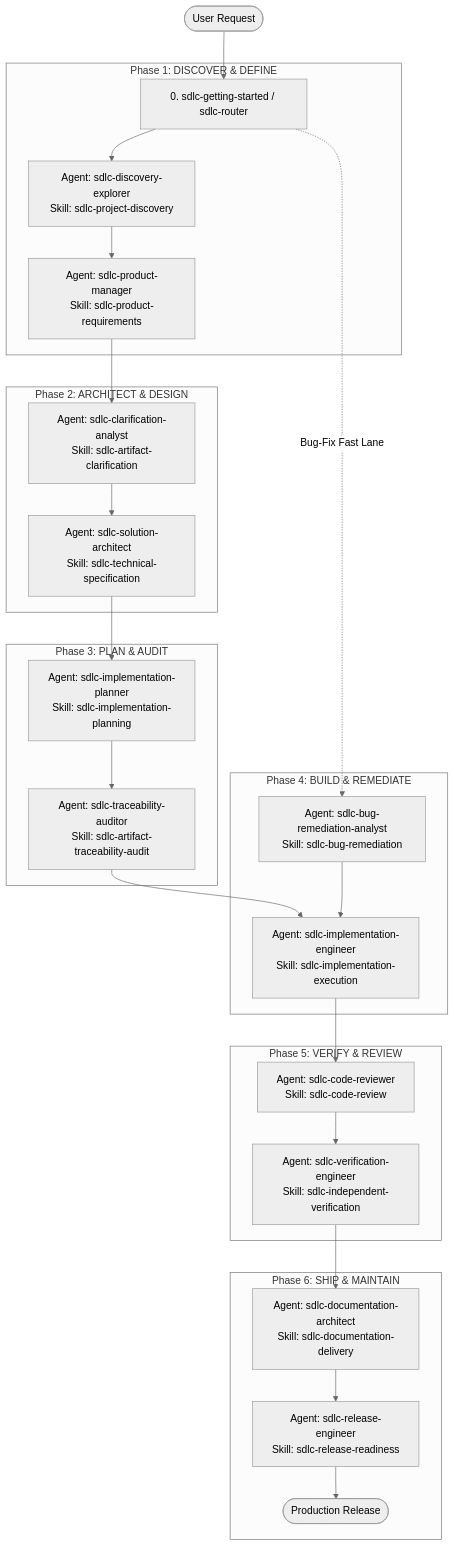
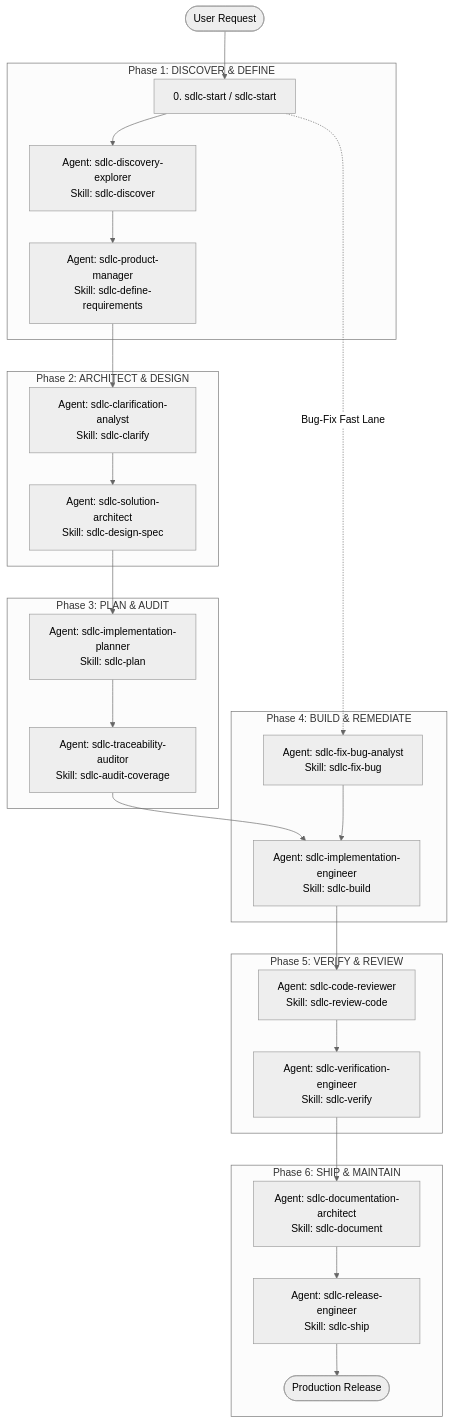
One commit to coderbuzz/agent-toolkit changed the diagram in README.md. Above: the diagram before and after it, drawn with Mermaid (neutral theme). The commit also changed other lines of this file and 716 other files, not shown here.

````diff
--- a/README.md
+++ b/README.md
@@ -78,36 +78,36 @@
 ```mermaid
 flowchart TD
-    Start([User Request]) --> Router["0. sdlc-getting-started / sdlc-router"]
+    Start([User Request]) --> Router["0. sdlc-start / sdlc-start"]
     
     subgraph Phase 1: DISCOVER & DEFINE
-        Router --> Explorer["Agent: sdlc-discovery-explorer\nSkill: sdlc-project-discovery"]
-        Explorer --> PM["Agent: sdlc-product-manager\nSkill: sdlc-product-requirements"]
+        Router --> Explorer["Agent: sdlc-discovery-explorer\nSkill: sdlc-discover"]
+        Explorer --> PM["Agent: sdlc-product-manager\nSkill: sdlc-define-requirements"]
     end
     
     subgraph Phase 2: ARCHITECT & DESIGN
-        PM --> Clarify["Agent: sdlc-clarification-analyst\nSkill: sdlc-artifact-clarification"]
-        Clarify --> Architect["Agent: sdlc-solution-architect\nSkill: sdlc-technical-specification"]
+        PM --> Clarify["Agent: sdlc-clarification-analyst\nSkill: sdlc-clarify"]
+        Clarify --> Architect["Agent: sdlc-solution-architect\nSkill: sdlc-design-spec"]
     end
     
     subgraph Phase 3: PLAN & AUDIT
-        Architect --> Planner["Agent: sdlc-implementation-planner\nSkill: sdlc-implementation-planning"]
-        Planner --> Auditor["Agent: sdlc-traceability-auditor\nSkill: sdlc-artifact-traceability-audit"]
+        Architect --> Planner["Agent: sdlc-implementation-planner\nSkill: sdlc-plan"]
+        Planner --> Auditor["Agent: sdlc-traceability-auditor\nSkill: sdlc-audit-coverage"]
     end
     
     subgraph Phase 4: BUILD & REMEDIATE
-        Auditor --> Engineer["Agent: sdlc-implementation-engineer\nSkill: sdlc-implementation-execution"]
-        Router -. Bug-Fix Fast Lane .-> BugAnalyst["Agent: sdlc-bug-remediation-analyst\nSkill: sdlc-bug-remediation"]
+        Auditor --> Engineer["Agent: sdlc-implementation-engineer\nSkill: sdlc-build"]
+        Router -. Bug-Fix Fast Lane .-> BugAnalyst["Agent: sdlc-fix-bug-analyst\nSkill: sdlc-fix-bug"]
         BugAnalyst --> Engineer
     end
     
     subgraph Phase 5: VERIFY & REVIEW
-        Engineer --> Reviewer["Agent: sdlc-code-reviewer\nSkill: sdlc-code-review"]
-        Reviewer --> Verifier["Agent: sdlc-verification-engineer\nSkill: sdlc-independent-verification"]
+        Engineer --> Reviewer["Agent: sdlc-code-reviewer\nSkill: sdlc-review-code"]
+        Reviewer --> Verifier["Agent: sdlc-verification-engineer\nSkill: sdlc-verify"]
     end
     
     subgraph Phase 6: SHIP & MAINTAIN
-        Verifier --> DocArch["Agent: sdlc-documentation-architect\nSkill: sdlc-documentation-delivery"]
-        DocArch --> ReleaseEng["Agent: sdlc-release-engineer\nSkill: sdlc-release-readiness"]
+        Verifier --> DocArch["Agent: sdlc-documentation-architect\nSkill: sdlc-document"]
+        DocArch --> ReleaseEng["Agent: sdlc-release-engineer\nSkill: sdlc-ship"]
         ReleaseEng --> Done([Production Release])
     end
 ```
````
